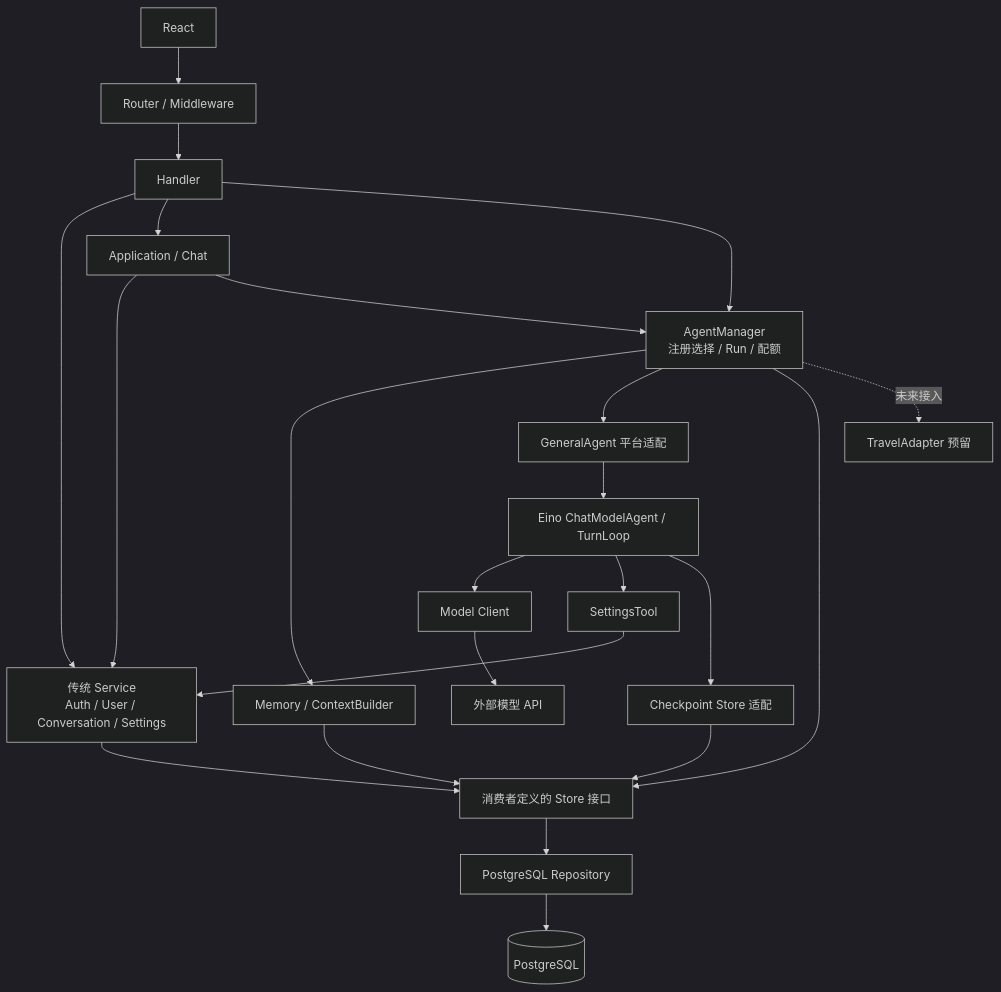
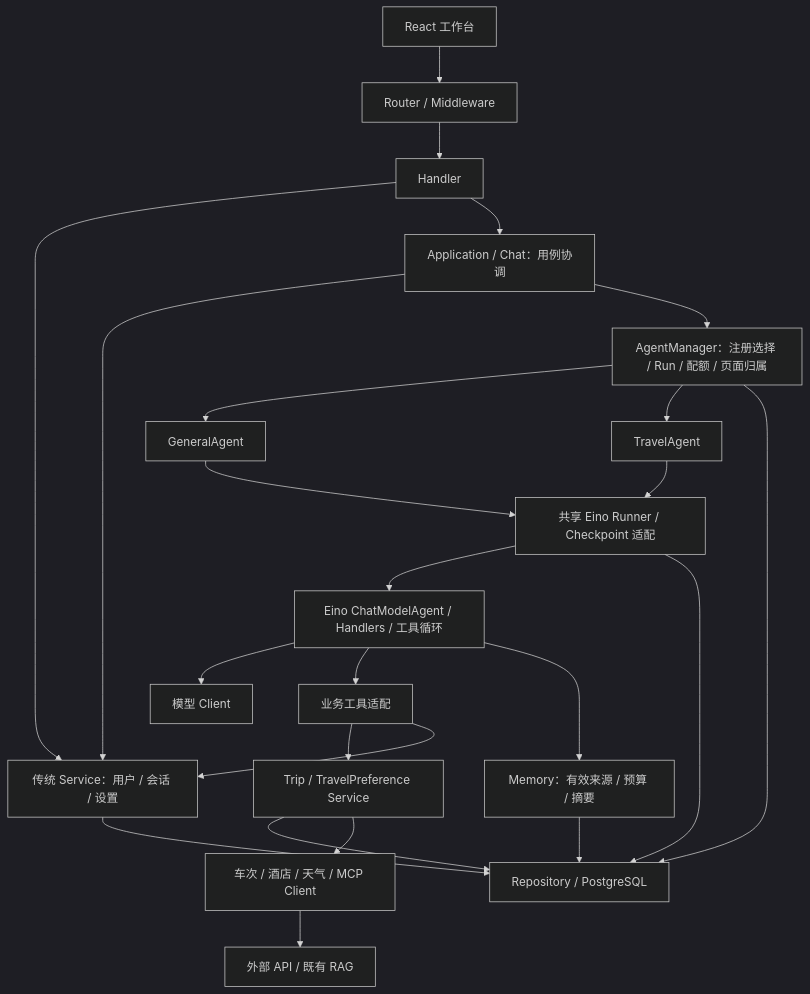
One commit to yzy703050-oss/-agent-platform changed the diagram in README.md. Above: the diagram before and after it, drawn with Mermaid (dark theme). The commit also changed other lines of this file and 54 other files, not shown here.

````diff
--- a/README.md
+++ b/README.md
@@ -75,25 +41,26 @@
 ```mermaid
 flowchart TD
-    UI[React] --> HTTP[Router / Middleware]
+    UI[React 工作台] --> HTTP[Router / Middleware]
     HTTP --> H[Handler]
-    H --> S[传统 Service<br/>Auth / User / Conversation / Settings]
-    H --> APP[Application / Chat]
-    H --> M[AgentManager<br/>注册选择 / Run / 配额]
+    H --> S[传统 Service：用户 / 会话 / 设置]
+    H --> APP[Application / Chat：用例协调]
     APP --> S
-    APP --> M
-    M --> MEM[Memory / ContextBuilder]
-    M --> A[GeneralAgent 平台适配]
-    A --> E[Eino ChatModelAgent / TurnLoop]
-    E --> C[Model Client]
-    C --> LLM[外部模型 API]
-    E --> T[SettingsTool]
-    T --> S
-    E --> CP[Checkpoint Store 适配]
-    M --> STORE[消费者定义的 Store 接口]
-    MEM --> STORE
-    CP --> STORE
-    S --> STORE
-    STORE --> R[PostgreSQL Repository]
-    R --> DB[(PostgreSQL)]
-    M -. 未来接入 .-> TR[TravelAdapter 预留]
+    APP --> M[AgentManager：注册选择 / Run / 配额 / 页面归属]
+    M --> G[GeneralAgent]
+    M --> T[TravelAgent]
+    G --> E[共享 Eino Runner / Checkpoint 适配]
+    T --> E
+    E --> K[Eino ChatModelAgent / Handlers / 工具循环]
+    K --> L[模型 Client]
+    K --> TOOLS[业务工具适配]
+    K --> MEM[Memory：有效来源 / 预算 / 摘要]
+    TOOLS --> TS[Trip / TravelPreference Service]
+    TOOLS --> S
+    TS --> R[Repository / PostgreSQL]
+    S --> R
+    M --> R
+    E --> R
+    MEM --> R
+    TS --> C[车次 / 酒店 / 天气 / MCP Client]
+    C --> EXT[外部 API / 既有 RAG]
 ```
````
